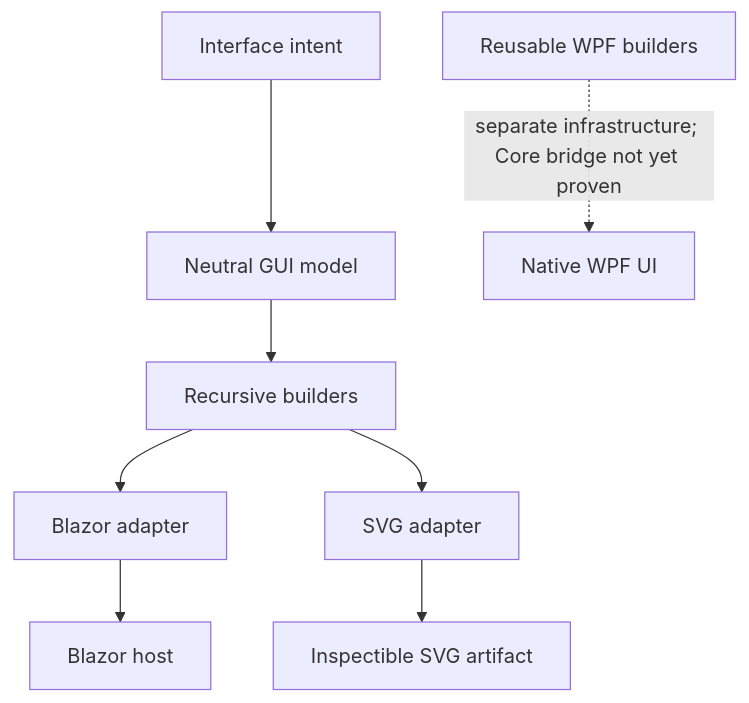
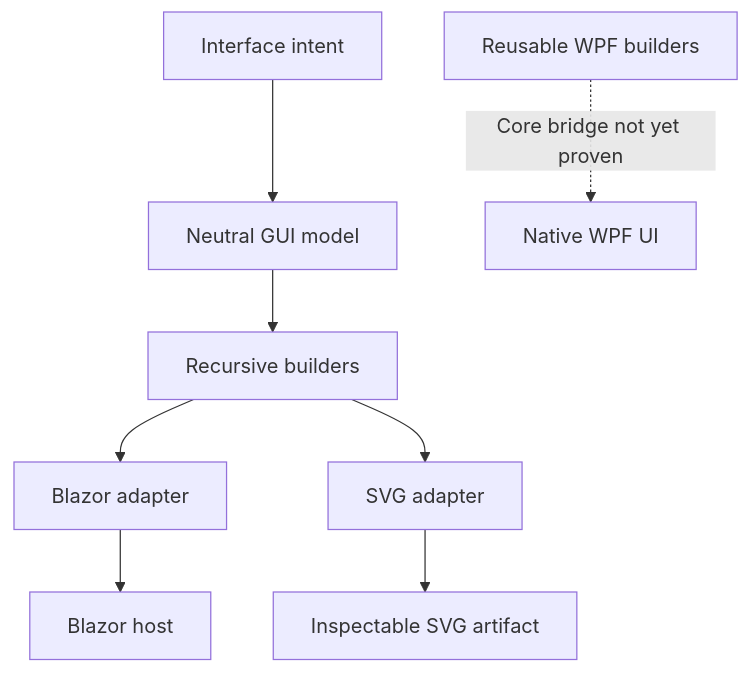
The diagram in README.md (TrentBest/TheSingularityWorkshop.GUI), drawn with Mermaid before and after one commit.

Commit message:
docs: polish adapter diagram labels

````diff
--- a/README.md
+++ b/README.md
@@ -10,10 +10,10 @@
 ```mermaid
 flowchart TD
   I[Interface intent] --> M[Neutral GUI model]
   M --> B[Recursive builders]
   B --> BL[Blazor adapter]
   B --> SVG[SVG adapter]
-  WPF[Reusable WPF builders] -. separate infrastructure; Core bridge not yet proven .-> WPFUI[Native WPF UI]
+  WPF[Reusable WPF builders] -. Core bridge not yet proven .-> WPFUI[Native WPF UI]
   BL --> WEB[Blazor host]
-  SVG --> ART[Inspectible SVG artifact]
+  SVG --> ART[Inspectable SVG artifact]
 ```
````
